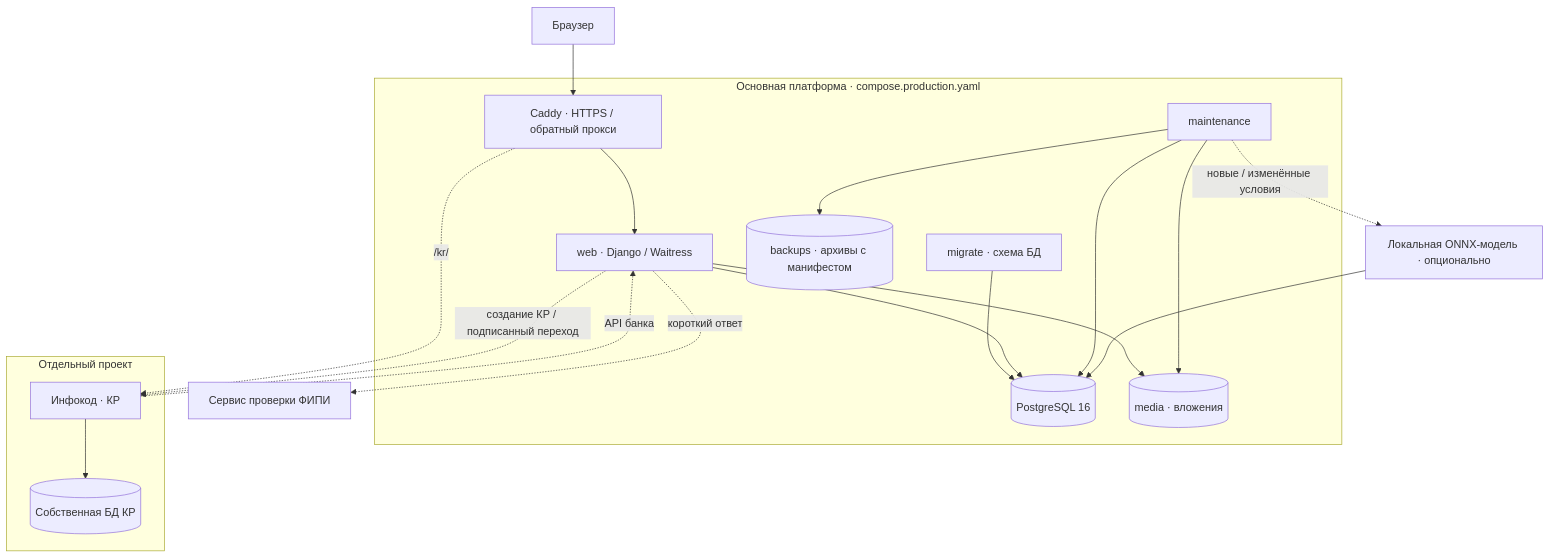
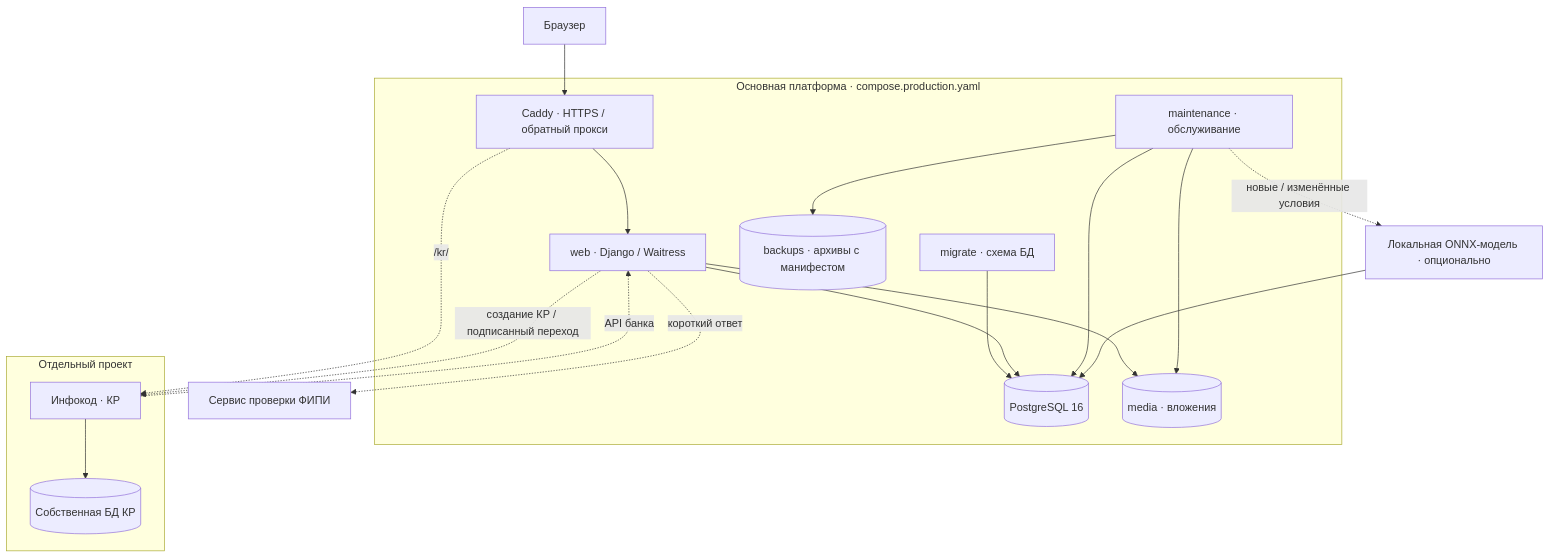
One commit to MrFerrumL/infocode changed the first of 3 diagrams in docs/ARCHITECTURE.md. Above: the diagram before and after it, drawn with Mermaid. The commit also changed other lines of this file and 3 other files, not shown here.

````diff
--- a/docs/ARCHITECTURE.md
+++ b/docs/ARCHITECTURE.md
@@ -9,22 +9,22 @@
 ```mermaid
 flowchart TB
     Browser["Браузер"] --> Caddy["Caddy · HTTPS / обратный прокси"]
     subgraph Core["Основная платформа · compose.production.yaml"]
       Caddy --> Web["web · Django / Waitress"]
       Migrate["migrate · схема БД"] --> DB[("PostgreSQL 16")]
       Web --> DB
       Web --> Media[("media · вложения")]
-      Worker["maintenance"] --> DB
+      Worker["maintenance · обслуживание"] --> DB
       Worker --> Media
       Worker --> Backups[("backups · архивы с манифестом")]
     end
     Web -. "короткий ответ" .-> FIPI["Сервис проверки ФИПИ"]
     Worker -. "новые / изменённые условия" .-> Embeddings["Локальная ONNX-модель · опционально"]
     Embeddings --> DB
     subgraph External["Отдельный проект"]
       KR["Инфокод · КР"] --> KRDB[("Собственная БД КР")]
     end
     Caddy -. "/kr/" .-> KR
     KR -. "API банка" .-> Web
     Web -. "создание КР / подписанный переход" .-> KR
 ```
````
